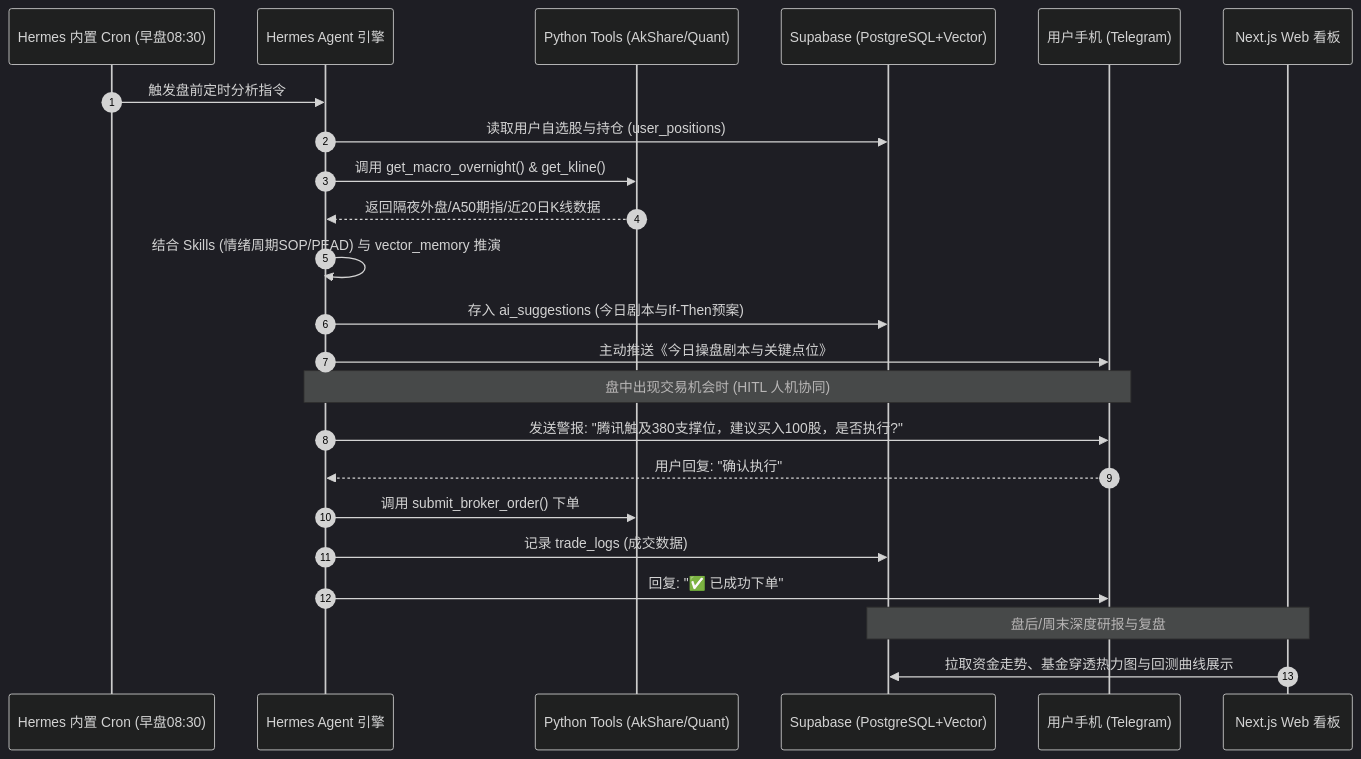
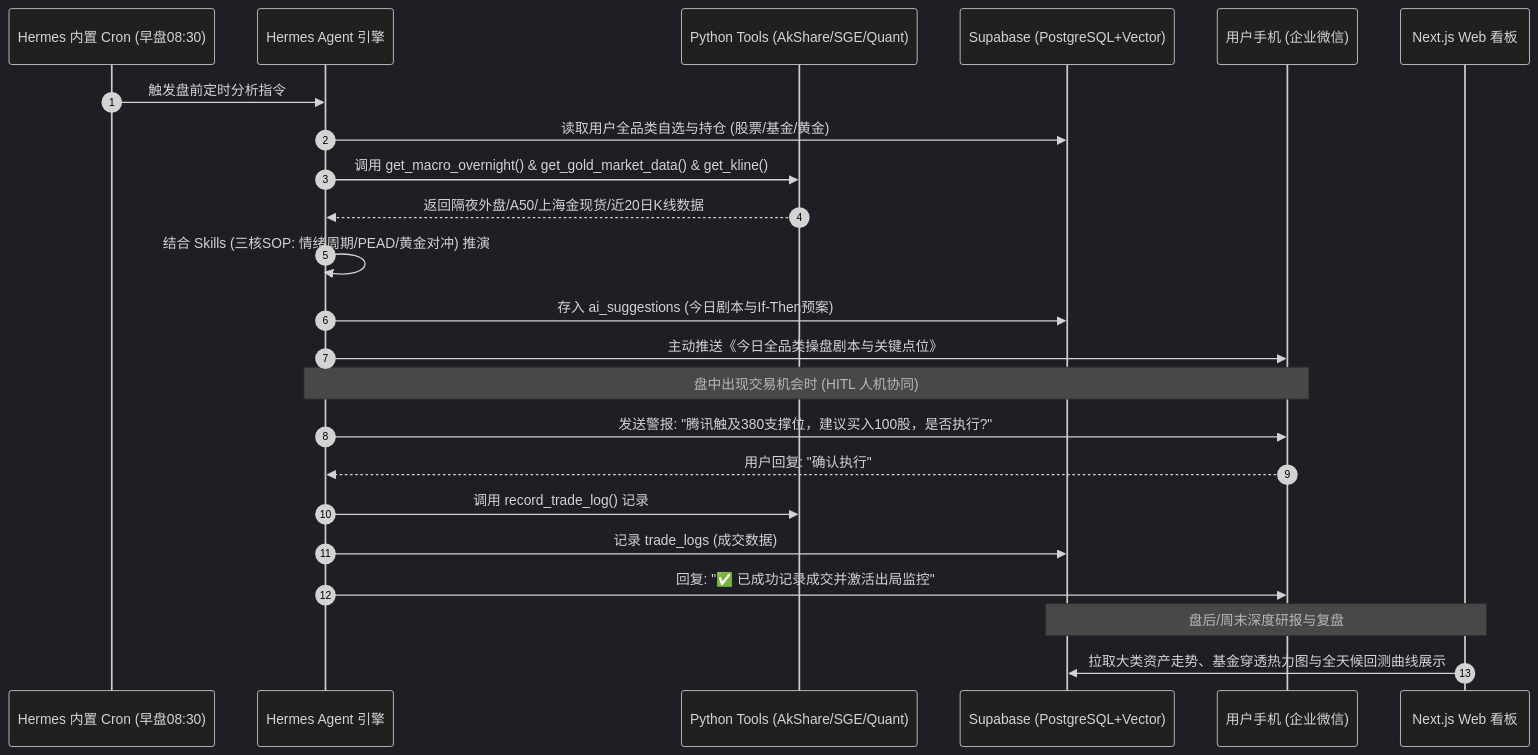
Before and after one commit to sinojelly/wealthsail: the first of 2 diagrams in docs/02.WealthSail投研平台全栈技术选型与架构评估.md, drawn with Mermaid (dark theme). The commit also changed other lines of this file and 2 other files, not shown here.

````diff
--- a/docs/02.WealthSail投研平台全栈技术选型与架构评估.md
+++ b/docs/02.WealthSail投研平台全栈技术选型与架构评估.md
@@ -115,28 +115,28 @@
 ```mermaid
 sequenceDiagram
     autonumber
     participant NAS_Cron as Hermes 内置 Cron (早盘08:30)
     participant Hermes as Hermes Agent 引擎
-    participant Tools as Python Tools (AkShare/Quant)
+    participant Tools as Python Tools (AkShare/SGE/Quant)
     participant Supabase as Supabase (PostgreSQL+Vector)
-    participant TG as 用户手机 (Telegram)
+    participant WeCom as 用户手机 (企业微信)
     participant Web as Next.js Web 看板
 
     NAS_Cron ->> Hermes: 触发盘前定时分析指令
-    Hermes ->> Supabase: 读取用户自选股与持仓 (user_positions)
-    Hermes ->> Tools: 调用 get_macro_overnight() & get_kline()
-    Tools -->> Hermes: 返回隔夜外盘/A50期指/近20日K线数据
-    Hermes ->> Hermes: 结合 Skills (情绪周期SOP/PEAD) 与 vector_memory 推演
+    Hermes ->> Supabase: 读取用户全品类自选与持仓 (股票/基金/黄金)
+    Hermes ->> Tools: 调用 get_macro_overnight() & get_gold_market_data() & get_kline()
+    Tools -->> Hermes: 返回隔夜外盘/A50/上海金现货/近20日K线数据
+    Hermes ->> Hermes: 结合 Skills (三核SOP: 情绪周期/PEAD/黄金对冲) 推演
     Hermes ->> Supabase: 存入 ai_suggestions (今日剧本与If-Then预案)
-    Hermes ->> TG: 主动推送《今日操盘剧本与关键点位》
+    Hermes ->> WeCom: 主动推送《今日全品类操盘剧本与关键点位》
     
-    Note over TG, Hermes: 盘中出现交易机会时 (HITL 人机协同)
-    Hermes ->> TG: 发送警报: "腾讯触及380支撑位，建议买入100股，是否执行?"
-    TG -->> Hermes: 用户回复: "确认执行"
-    Hermes ->> Tools: 调用 submit_broker_order() 下单
+    Note over WeCom, Hermes: 盘中出现交易机会时 (HITL 人机协同)
+    Hermes ->> WeCom: 发送警报: "腾讯触及380支撑位，建议买入100股，是否执行?"
+    WeCom -->> Hermes: 用户回复: "确认执行"
+    Hermes ->> Tools: 调用 record_trade_log() 记录
     Hermes ->> Supabase: 记录 trade_logs (成交数据)
-    Hermes ->> TG: 回复: "✅ 已成功下单"
+    Hermes ->> WeCom: 回复: "✅ 已成功记录成交并激活出局监控"
 
     Note over Web, Supabase: 盘后/周末深度研报与复盘
-    Web ->> Supabase: 拉取资金走势、基金穿透热力图与回测曲线展示
+    Web ->> Supabase: 拉取大类资产走势、基金穿透热力图与全天候回测曲线展示
 ```
````
